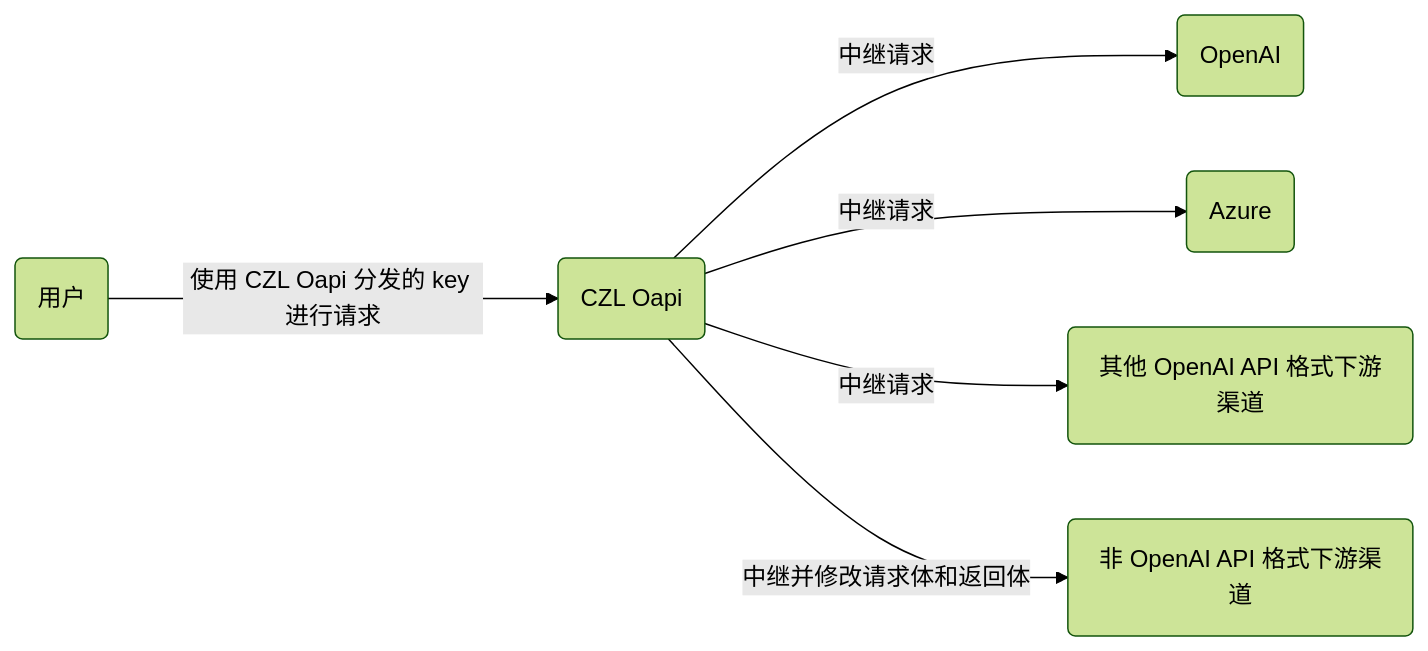
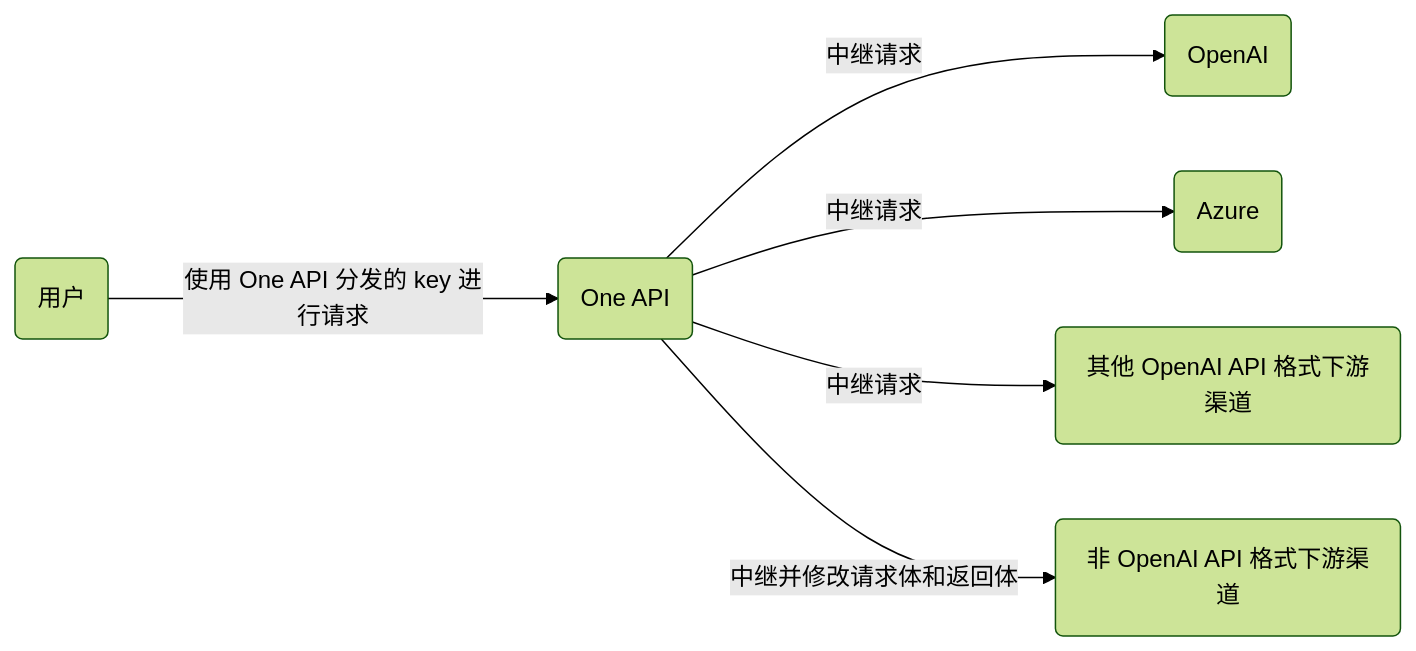
The diagram in README.md (MartialBE/one-hub), drawn with Mermaid (forest theme) before and after one commit. The commit also changed other lines of this file and 26 other files, not shown here.

````diff
--- a/README.md
+++ b/README.md
@@ -334,9 +334,9 @@
 ```mermaid
 graph LR
     A(用户)
-    A --->|使用 CZL Oapi 分发的 key 进行请求| B(CZL Oapi)
+    A --->|使用 One API 分发的 key 进行请求| B(One API)
     B -->|中继请求| C(OpenAI)
     B -->|中继请求| D(Azure)
     B -->|中继请求| E(其他 OpenAI API 格式下游渠道)
     B -->|中继并修改请求体和返回体| F(非 OpenAI API 格式下游渠道)
 ```
````
